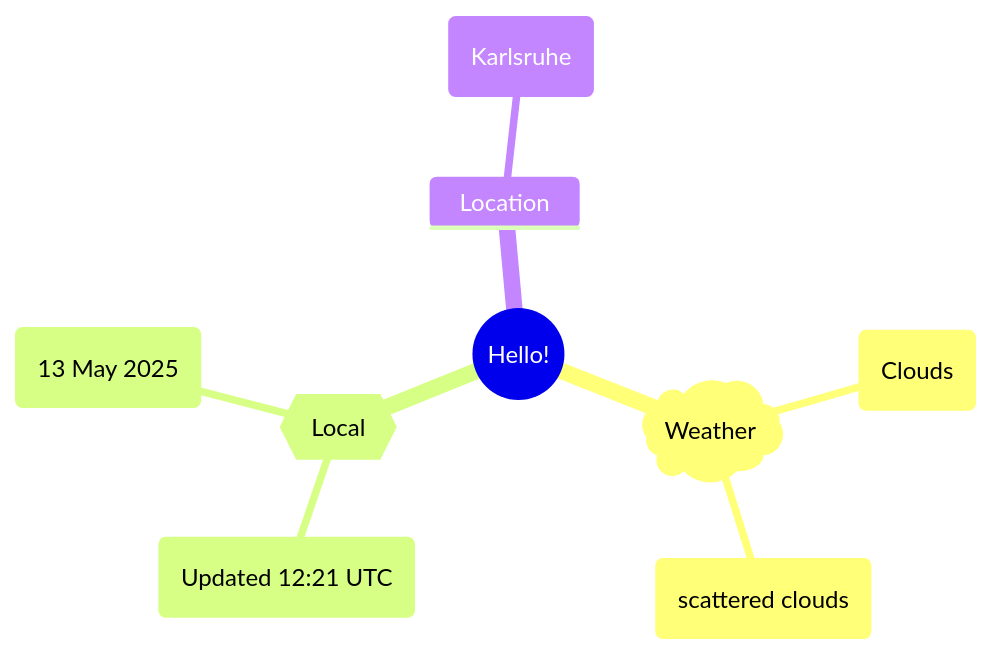
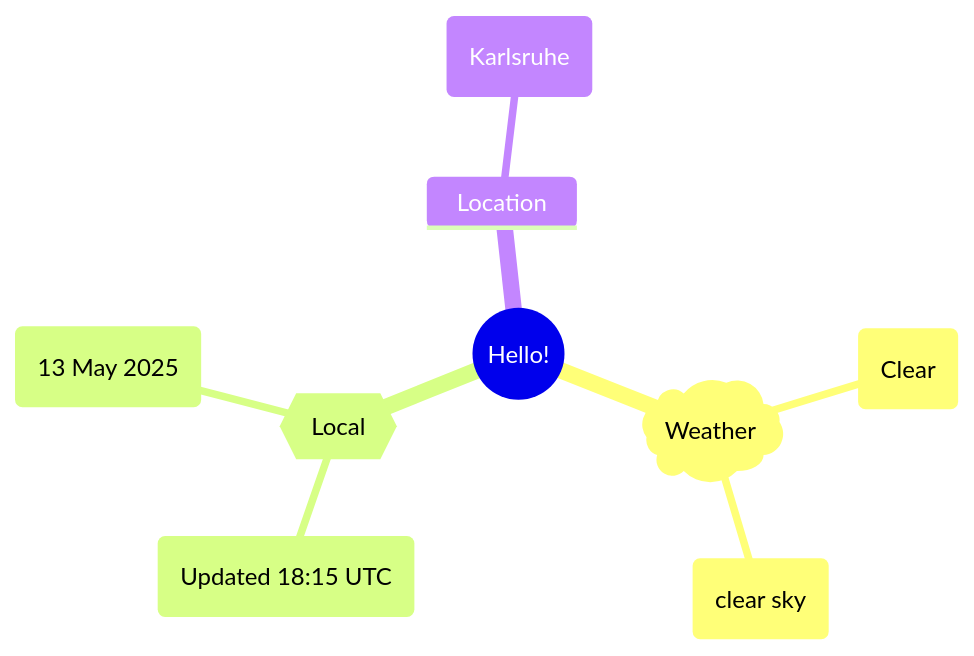
Before and after one commit to Xosrov/Xosrov: the first of 2 diagrams in README.md, drawn with Mermaid.

Commit message:
[bot] updated images

````diff
--- a/README.md
+++ b/README.md
@@ -3,12 +3,12 @@
 ```mermaid
 mindmap
   root((Hello!))
     )Weather(
-        (Clouds)
-        (scattered clouds)
+        (Clear)
+        (clear sky)
     {{Local}}
-        (Updated 12:21 UTC)
+        (Updated 18:15 UTC)
         (13 May 2025)
     Location
         (Karlsruhe)
 ```
````
